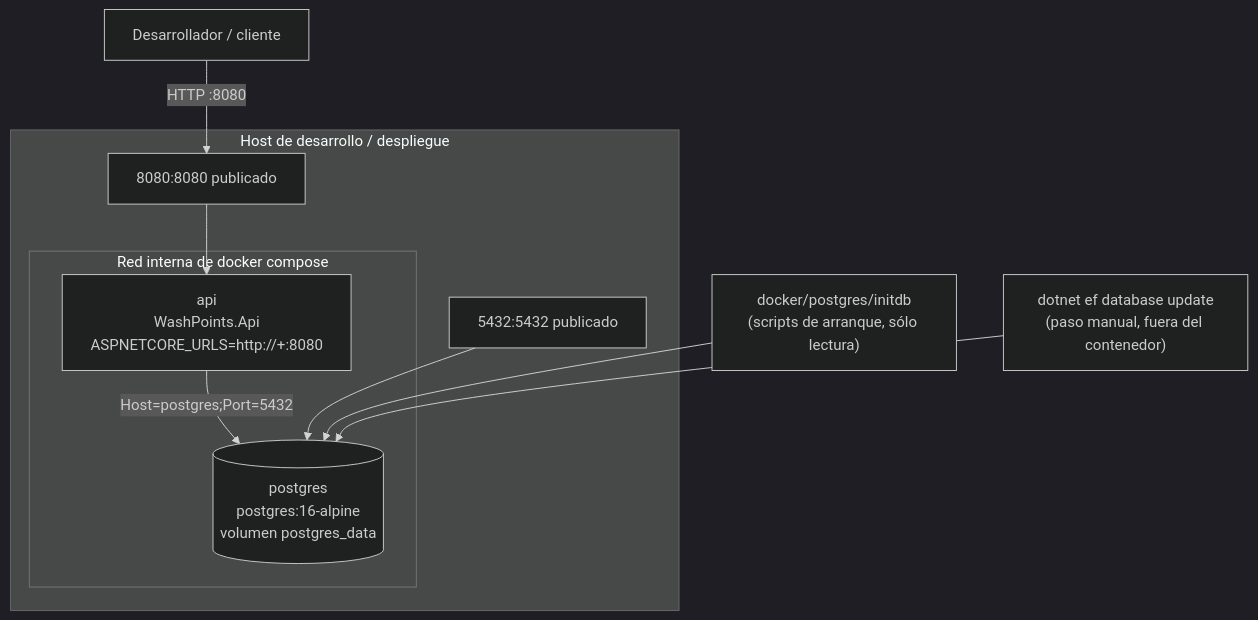
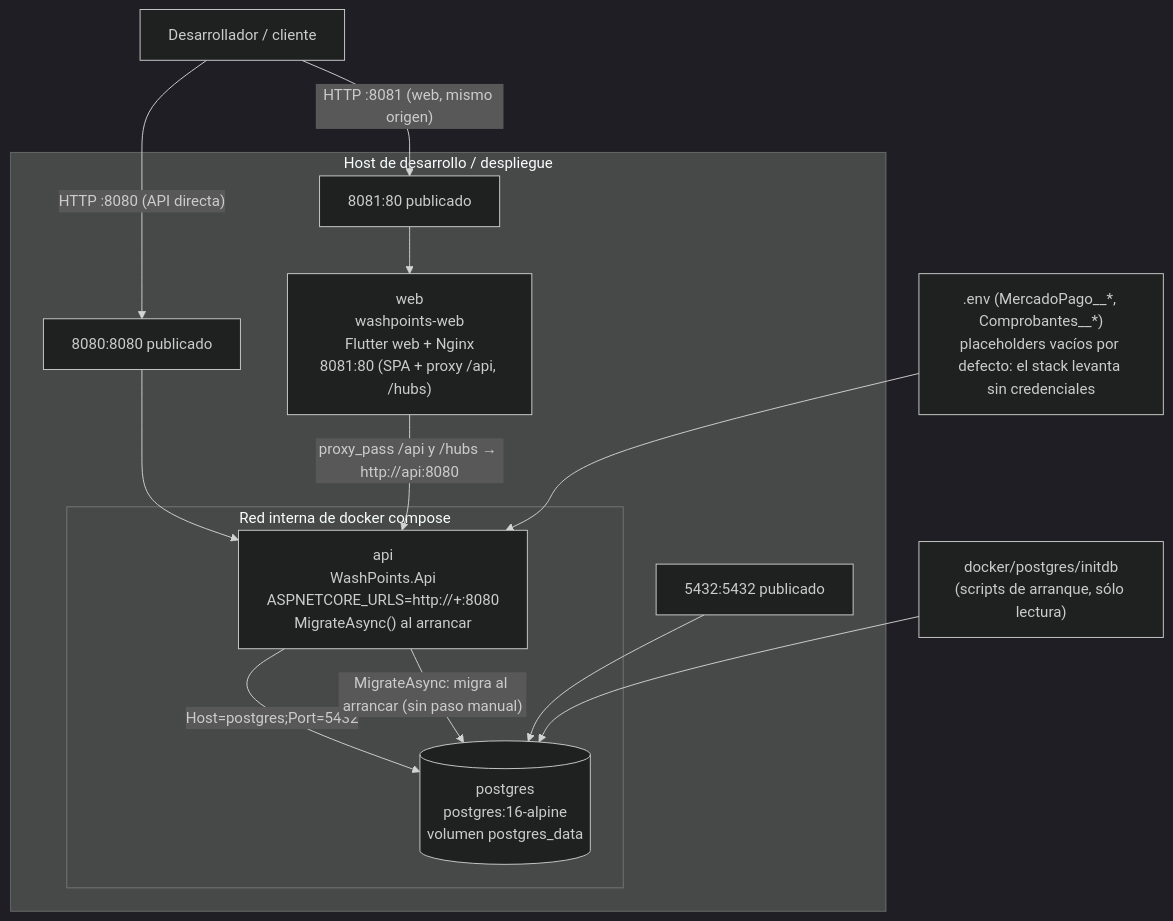
The seventh of 8 diagrams in DOCS/DIAGRAMAS.md (Gnz-7/Wash-Points), drawn with Mermaid (dark theme) before and after one commit. The commit also changed other lines of this file and 105 other files, not shown here.

````diff
--- a/DOCS/DIAGRAMAS.md
+++ b/DOCS/DIAGRAMAS.md
@@ -253,18 +265,24 @@
 ```mermaid
 flowchart TB
     subgraph host["Host de desarrollo / despliegue"]
+        web["web<br/>washpoints-web<br/>Flutter web + Nginx<br/>8081:80 (SPA + proxy /api, /hubs)"]
         subgraph red["Red interna de docker compose"]
-            api["api<br/>WashPoints.Api<br/>ASPNETCORE_URLS=http://+:8080"]
+            api["api<br/>WashPoints.Api<br/>ASPNETCORE_URLS=http://+:8080<br/>MigrateAsync() al arrancar"]
             pg[("postgres<br/>postgres:16-alpine<br/>volumen postgres_data")]
         end
         pub["8080:8080 publicado"]
+        pw["8081:80 publicado"]
         pto["5432:5432 publicado"]
     end
 
-    dev["Desarrollador / cliente"] -->|"HTTP :8080"| pub
+    dev["Desarrollador / cliente"] -->|"HTTP :8081 (web, mismo origen)"| pw
+    pw --> web
+    dev -->|"HTTP :8080 (API directa)"| pub
     pub --> api
+    web -->|"proxy_pass /api y /hubs → http://api:8080"| api
     api -->|"Host=postgres;Port=5432"| pg
+    api -->|"MigrateAsync: migra al arrancar (sin paso manual)"| pg
     pto --> pg
     init["docker/postgres/initdb<br/>(scripts de arranque, sólo lectura)"] --> pg
-    migraciones["dotnet ef database update<br/>(paso manual, fuera del contenedor)"] --> pg
+    env[".env (MercadoPago__*, Comprobantes__*)<br/>placeholders vacíos por defecto: el stack levanta sin credenciales"] --> api
 ```
````
